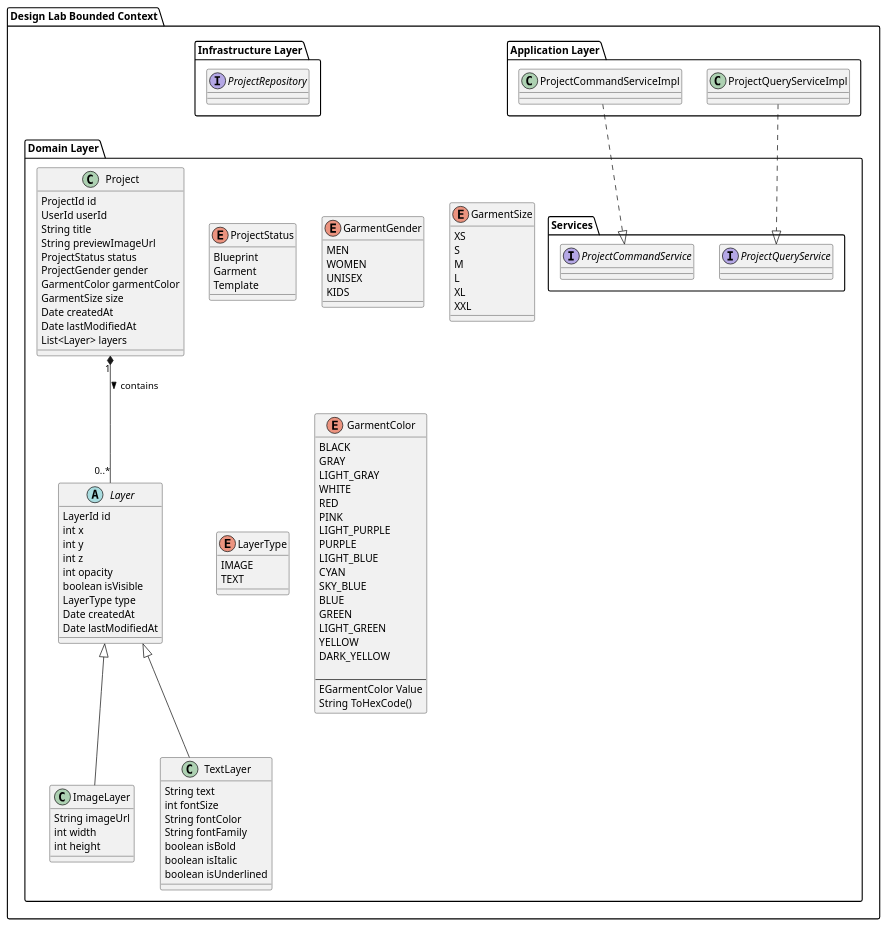
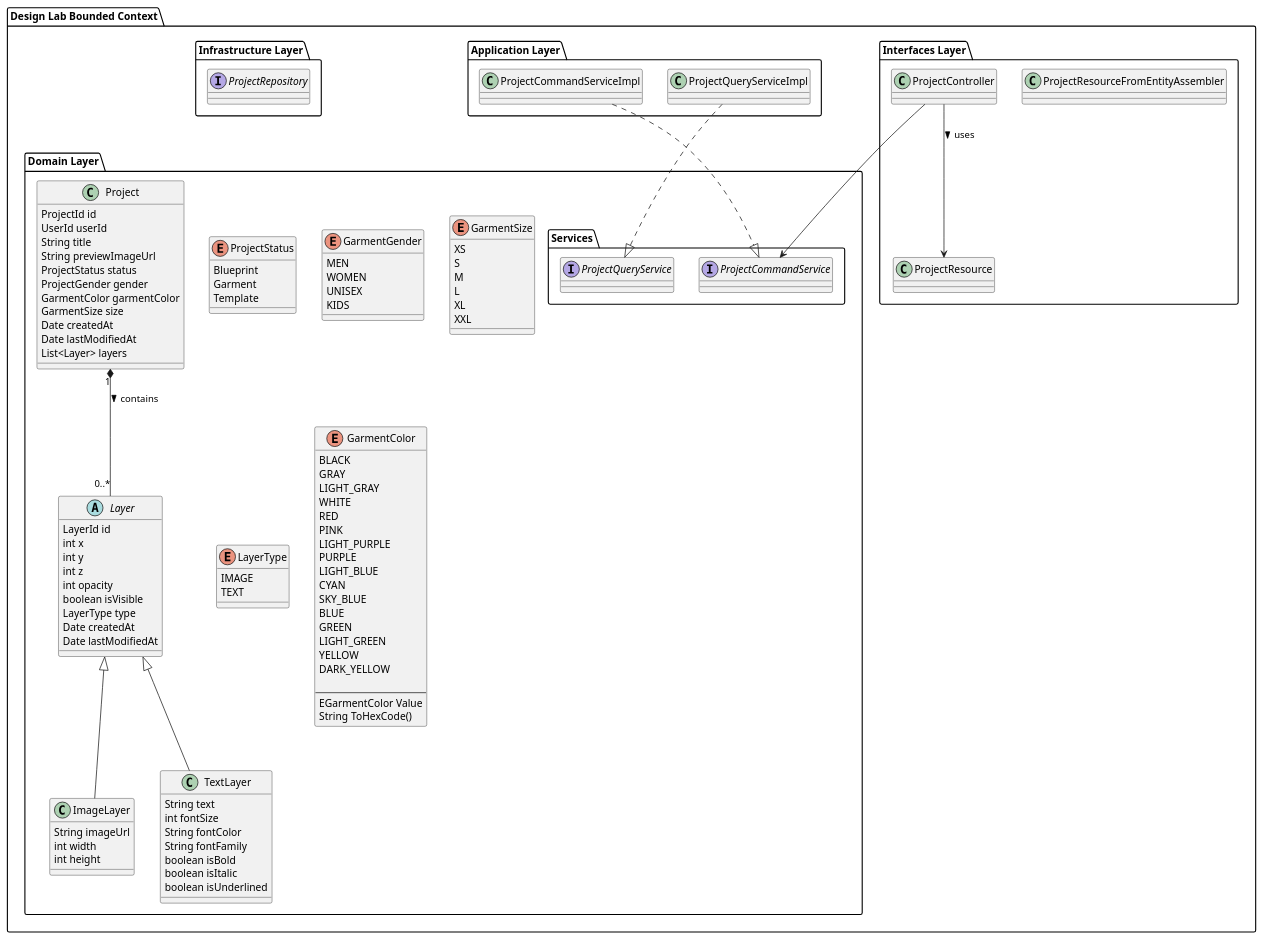
One commit to zGIKS/opensourceBACK changed the diagram in src/docs/DesignLabClassDiagram.puml. Above: the diagram before and after it, drawn with PlantUML.

Commit message:
feat: add interfaces layer to class diagram with resource and controller classes

```diff
--- a/src/docs/DesignLabClassDiagram.puml
+++ b/src/docs/DesignLabClassDiagram.puml
@@ -1,126 +1,132 @@
 @startuml
 
 package "Design Lab Bounded Context" {
 
+    package "Interfaces Layer" {
+        class ProjectResource {}
+        class ProjectResourceFromEntityAssembler {}
+        class ProjectController {}
+    }
+
     package "Application Layer" {
-        class ProjectCommandServiceImpl {
-        }
-        class ProjectQueryServiceImpl {
-        }
-
+        class ProjectCommandServiceImpl {}
+        class ProjectQueryServiceImpl {}
     }
 
     package "Infrastructure Layer" {
         interface ProjectRepository {
         }
     }
 
     package "Domain Layer" {
 
         package "Services" {
             interface ProjectCommandService {
             }
 
             interface ProjectQueryService {
             }
         }
 
         enum ProjectStatus {
             Blueprint
             Garment
             Template
         }
 
         enum GarmentGender {
             MEN
             WOMEN
             UNISEX
             KIDS
         }
 
         enum GarmentSize {
             XS
             S
             M
             L
             XL
             XXL
         }
 
         enum LayerType {
             IMAGE
             TEXT
         }
 
         enum GarmentColor {
             BLACK
             GRAY
             LIGHT_GRAY
             WHITE
             RED
             PINK
             LIGHT_PURPLE
             PURPLE
             LIGHT_BLUE
             CYAN
             SKY_BLUE
             BLUE
             GREEN
             LIGHT_GREEN
             YELLOW
             DARK_YELLOW
 
             ---
             EGarmentColor Value
             String ToHexCode()
         }
 
         class "Project" {
             ProjectId id
             UserId userId
             String title
             String previewImageUrl
             ProjectStatus status
             ProjectGender gender
             GarmentColor garmentColor
             GarmentSize size
             Date createdAt
             Date lastModifiedAt
             List<Layer> layers
         }
 
         abstract class "Layer" {
             LayerId id
             int x
             int y
             int z
             int opacity
             boolean isVisible
             LayerType type
             Date createdAt
             Date lastModifiedAt
         }
 
         class "ImageLayer" extends "Layer" {
             String imageUrl
             int width
             int height
         }
 
         class "TextLayer" extends "Layer" {
             String text
             int fontSize
             String fontColor
             String fontFamily
             boolean isBold
             boolean isItalic
             boolean isUnderlined
         }
 
         Project "1" *-- "0..*" Layer : contains >
     }
 
     ProjectCommandServiceImpl ..|> ProjectCommandService
     ProjectQueryServiceImpl ..|> ProjectQueryService
+    ProjectController -down-> ProjectResource : uses >
+    ProjectController --> ProjectCommandService
+
 }
 @enduml
```
